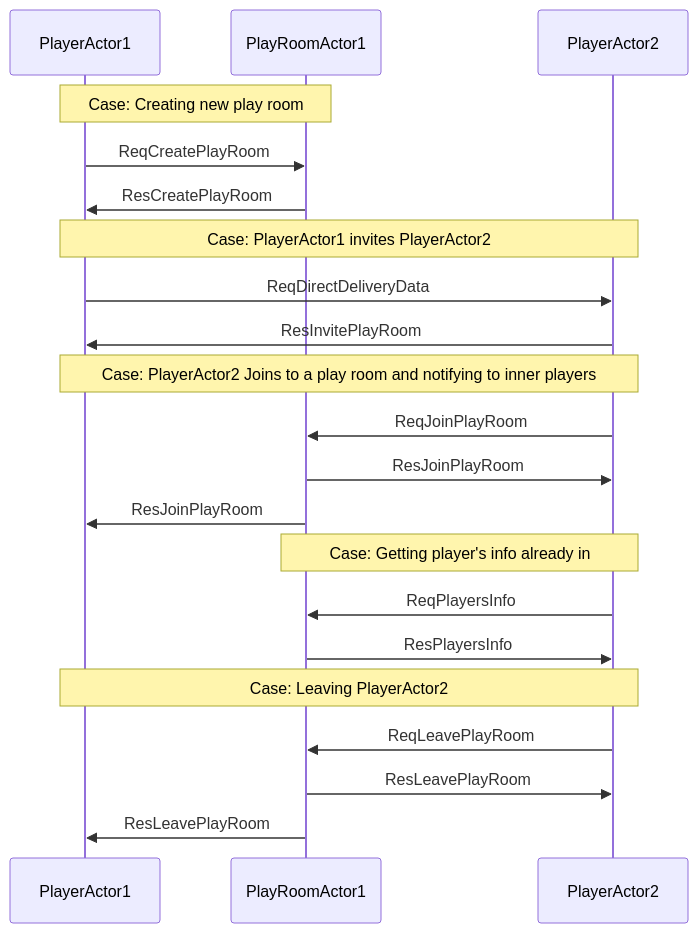
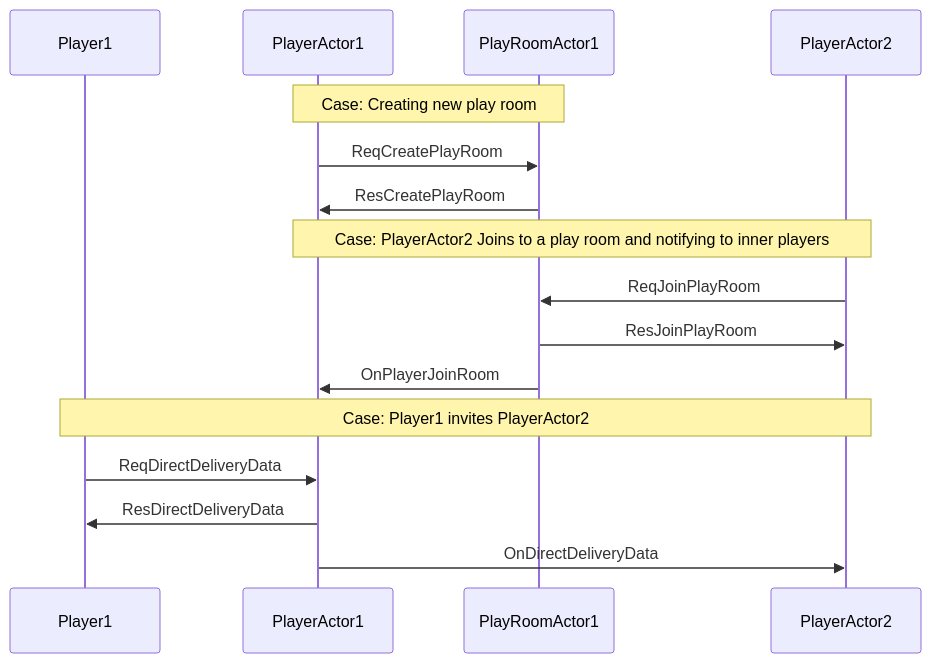
One commit to jun92/ABMGS changed the diagram in Source/ABMGS.Serverv2.Package/fbs/Charts/playroom.mmd. Above: the diagram before and after it, drawn with Mermaid. The commit also changed 1 other file, not shown here.

```diff
--- a/Source/ABMGS.Serverv2.Package/fbs/Charts/playroom.mmd
+++ b/Source/ABMGS.Serverv2.Package/fbs/Charts/playroom.mmd
@@ -1,26 +1,29 @@
 sequenceDiagram
+participant Player1
 participant PlayerActor1
 participant PlayRoomActor1
 participant PlayerActor2
 
 Note over PlayerActor1,PlayRoomActor1: Case: Creating new play room
 PlayerActor1->>PlayRoomActor1: ReqCreatePlayRoom
 PlayRoomActor1->>PlayerActor1: ResCreatePlayRoom
 
-Note over PlayerActor1,PlayerActor2: Case: PlayerActor1 invites PlayerActor2
-PlayerActor1->>PlayerActor2: ReqDirectDeliveryData
-PlayerActor2->>PlayerActor1: ResInvitePlayRoom
-
 Note over PlayerActor1,PlayerActor2: Case: PlayerActor2 Joins to a play room and notifying to inner players
 PlayerActor2->>PlayRoomActor1: ReqJoinPlayRoom
 PlayRoomActor1->>PlayerActor2: ResJoinPlayRoom
-PlayRoomActor1->>PlayerActor1: ResJoinPlayRoom
+PlayRoomActor1->>PlayerActor1: OnPlayerJoinRoom
 
-Note over PlayerActor2,PlayRoomActor1: Case: Getting player's info already in
-PlayerActor2->>PlayRoomActor1: ReqPlayersInfo
-PlayRoomActor1->>PlayerActor2: ResPlayersInfo
+Note over Player1,PlayerActor2: Case: Player1 invites PlayerActor2
+Player1->>PlayerActor1: ReqDirectDeliveryData
+PlayerActor1->>Player1: ResDirectDeliveryData
+PlayerActor1->>PlayerActor2: OnDirectDeliveryData
 
-Note over PlayerActor1,PlayerActor2: Case: Leaving PlayerActor2
-PlayerActor2->>PlayRoomActor1: ReqLeavePlayRoom
-PlayRoomActor1->>PlayerActor2: ResLeavePlayRoom
-PlayRoomActor1->>PlayerActor1: ResLeavePlayRoom
+
+%% Note over PlayerActor2,PlayRoomActor1: Case: Getting player's info already in
+%% PlayerActor2->>PlayRoomActor1: ReqPlayersInfo
+%% PlayRoomActor1->>PlayerActor2: ResPlayersInfo
+
+%% Note over PlayerActor1,PlayerActor2: Case: Leaving PlayerActor2
+%% PlayerActor2->>PlayRoomActor1: ReqLeavePlayRoom
+%% PlayRoomActor1->>PlayerActor2: ResLeavePlayRoom
+%% PlayRoomActor1->>PlayerActor1: ResLeavePlayRoom
```
